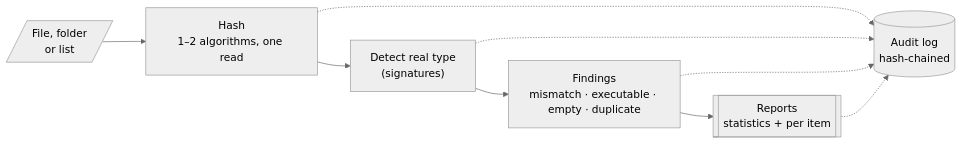
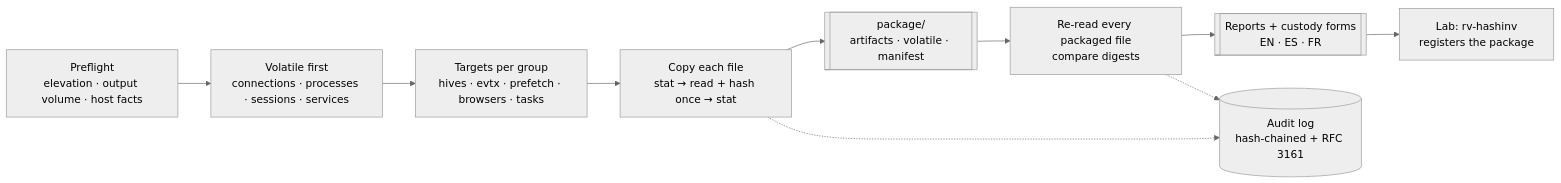
One commit to Panacota96/rv-triage changed the first of 2 diagrams in README.md. Above: the diagram before and after it, drawn with Mermaid (neutral theme). The commit also changed other lines of this file and 85 other files, not shown here.

````diff
--- a/README.md
+++ b/README.md
@@ -15,11 +15,12 @@
 ```mermaid
 flowchart LR
-    A[/"File, folder<br/>or list"/] --> B["Hash<br/>1–2 algorithms, one read"]
-    B --> C["Detect real type<br/>(signatures)"]
-    C --> D["Findings<br/>mismatch · executable · empty · duplicate"]
-    D --> E[["Reports<br/>statistics + per item"]]
-    B -.-> L[("Audit log<br/>hash-chained")]
-    C -.-> L
-    D -.-> L
-    E -.-> L
+    P["Preflight<br/>elevation · output volume · host facts"] --> V["Volatile first<br/>connections · processes · sessions · services"]
+    V --> T["Targets per group<br/>hives · evtx · prefetch · browsers · tasks"]
+    T --> C["Copy each file<br/>stat → read + hash once → stat"]
+    C --> M[["package/<br/>artifacts · volatile · manifest"]]
+    M --> R["Re-read every packaged file<br/>compare digests"]
+    R --> O[["Reports + custody forms<br/>EN · ES · FR"]]
+    O --> H["Lab: rv-hashinv<br/>registers the package"]
+    C -.-> L[("Audit log<br/>hash-chained + RFC 3161")]
+    R -.-> L
 ```
````
